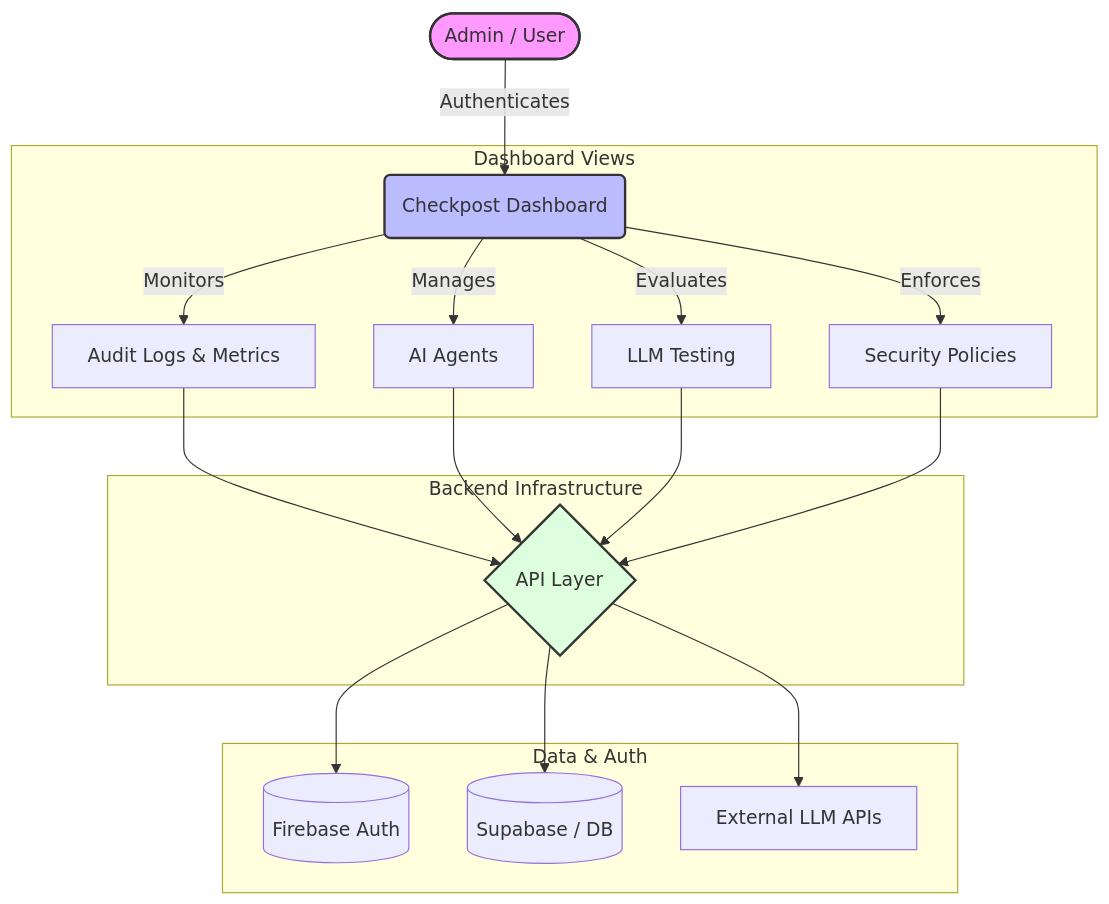
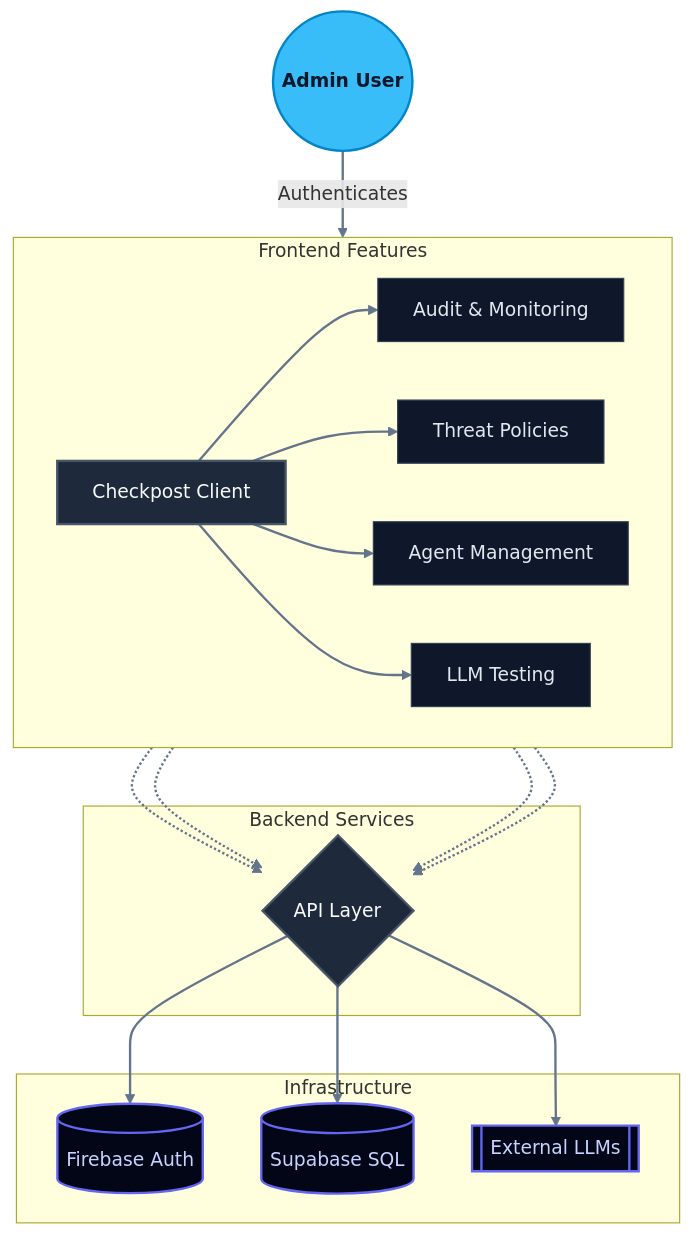
One commit to pradhan-not-found/vibeforge-project changed the diagram in README.md. Above: the diagram before and after it, drawn with Mermaid. The commit also changed other lines of this file, not shown here.

Commit message:
docs: restructure tech stack badges, professionalize flowchart, and remove unused AI integrations

````diff
--- a/README.md
+++ b/README.md
@@ -25,28 +25,34 @@
 ```mermaid
-graph TD
-    A([Admin / User]) -->|Authenticates| B(Checkpost Dashboard)
+flowchart TD
+    %% Define sleek, dark-mode friendly professional classes
+    classDef default fill:#0f172a,stroke:#334155,stroke-width:1px,color:#e2e8f0
+    classDef highlight fill:#38bdf8,stroke:#0284c7,stroke-width:2px,color:#0f172a,font-weight:bold
+    classDef core fill:#1e293b,stroke:#475569,stroke-width:2px,color:#f8fafc
+    classDef database fill:#020617,stroke:#6366f1,stroke-width:2px,color:#c7d2fe
+
+    A((Admin User)):::highlight -->|Authenticates| B[Checkpost Client]:::core
     
-    subgraph Dashboard Views
-    B -->|Monitors| C[Audit Logs & Metrics]
-    B -->|Manages| D[AI Agents]
-    B -->|Evaluates| E[LLM Testing]
-    B -->|Enforces| F[Security Policies]
+    subgraph Frontend Features
+        direction LR
+        B --> C[Audit & Monitoring]
+        B --> D[Threat Policies]
+        B --> E[Agent Management]
+        B --> F[LLM Testing]
     end
     
-    subgraph Backend Infrastructure
-    C --> G{API Layer}
-    D --> G
-    E --> G
-    F --> G
+    subgraph Backend Services
+        C -.-> G{API Layer}:::core
+        D -.-> G
+        E -.-> G
+        F -.-> G
     end
     
-    subgraph Data & Auth
-    G --> H[(Firebase Auth)]
-    G --> I[(Supabase / DB)]
-    G --> J[External LLM APIs]
+    subgraph Infrastructure
+        G ==> H[(Firebase Auth)]:::database
+        G ==> I[(Supabase SQL)]:::database
+        G ==> J[[External LLMs]]:::database
     end
-    
-    style A fill:#f9f,stroke:#333,stroke-width:2px
-    style B fill:#bbf,stroke:#333,stroke-width:2px
-    style G fill:#dfd,stroke:#333,stroke-width:2px
+
+    %% Link styles
+    linkStyle default stroke:#64748b,stroke-width:2px,fill:none
 ```
````
